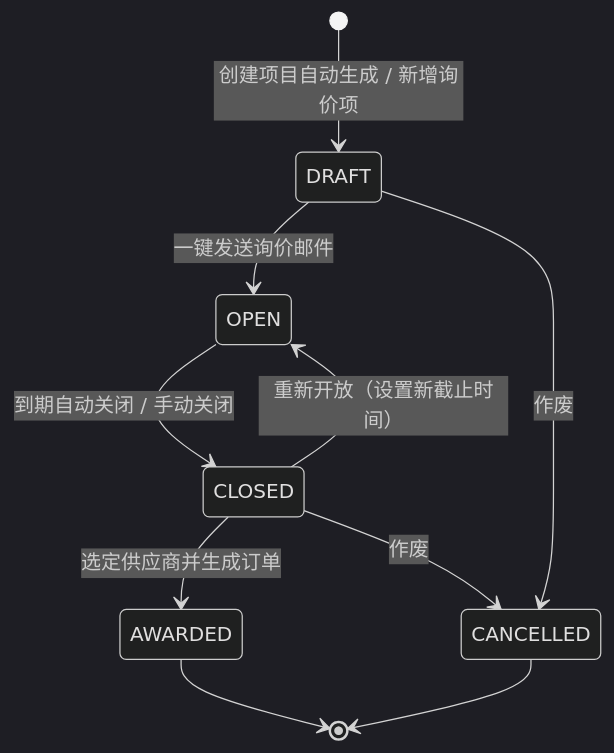
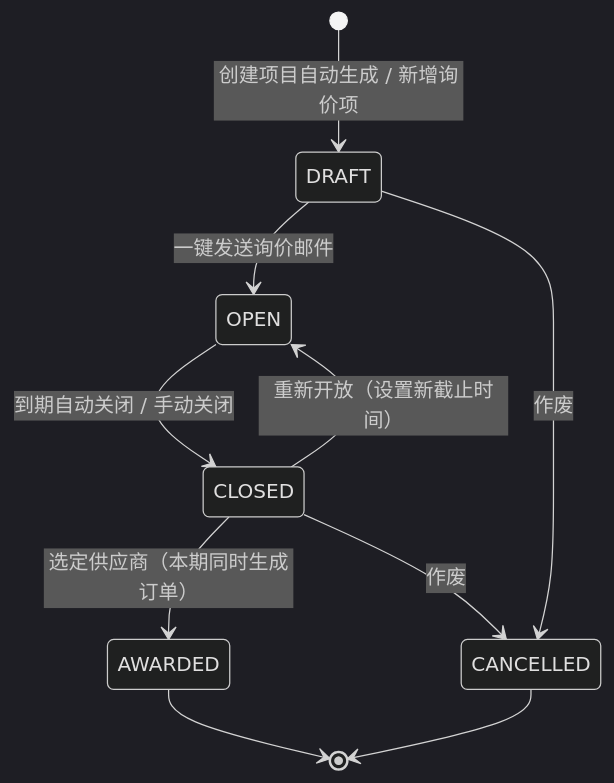
Before and after one commit to Cliff-River/supplier-microplatform: the second of 5 diagrams in requirements.md, drawn with Mermaid (dark theme). The commit also changed other lines of this file, not shown here.

````diff
--- a/requirements.md
+++ b/requirements.md
@@ -468,12 +491,12 @@
 ```mermaid
 stateDiagram-v2
     [*] --> DRAFT: 创建项目自动生成 / 新增询价项
     DRAFT --> OPEN: 一键发送询价邮件
     OPEN --> CLOSED: 到期自动关闭 / 手动关闭
     CLOSED --> OPEN: 重新开放（设置新截止时间）
-    CLOSED --> AWARDED: 选定供应商并生成订单
+    CLOSED --> AWARDED: 选定供应商（本期同时生成订单）
     DRAFT --> CANCELLED: 作废
     CLOSED --> CANCELLED: 作废
     AWARDED --> [*]
     CANCELLED --> [*]
 ```
````
